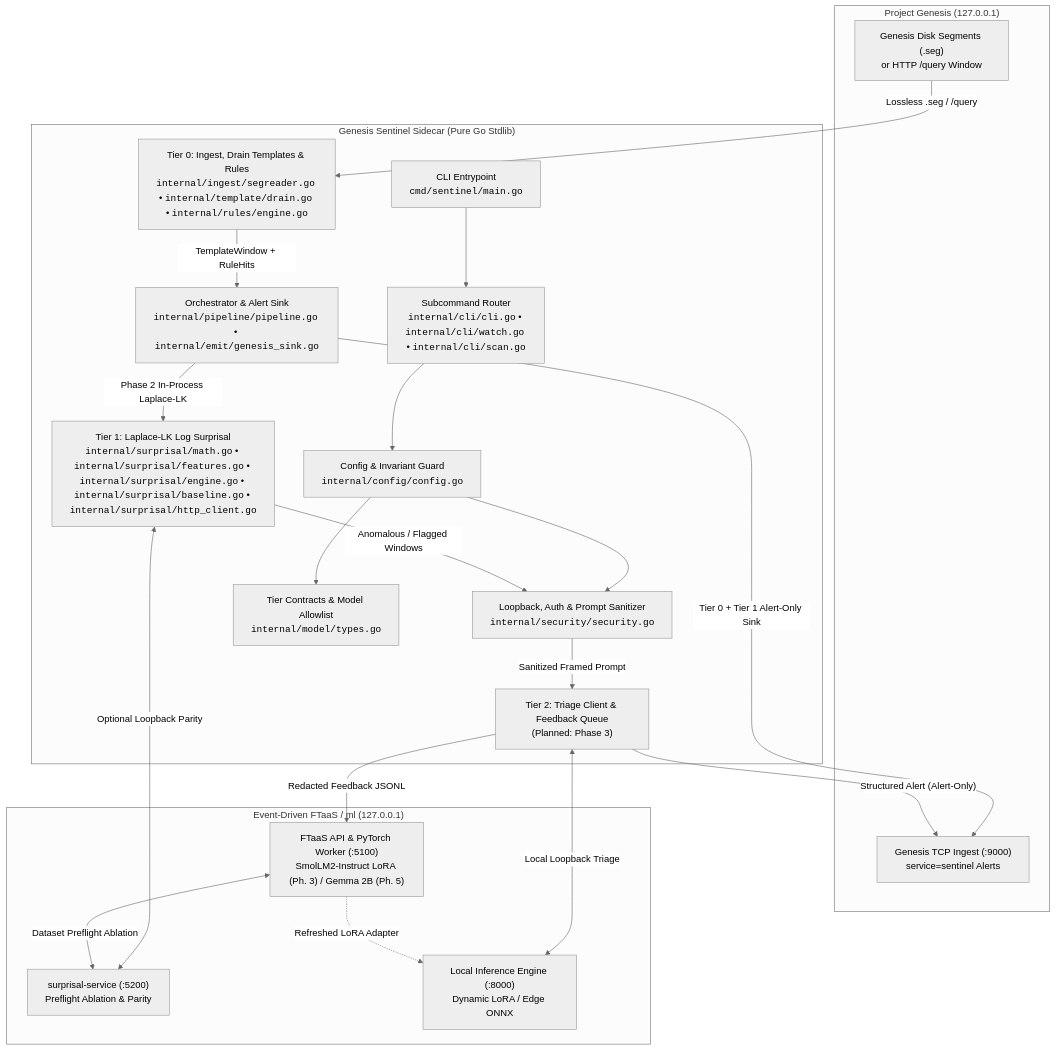
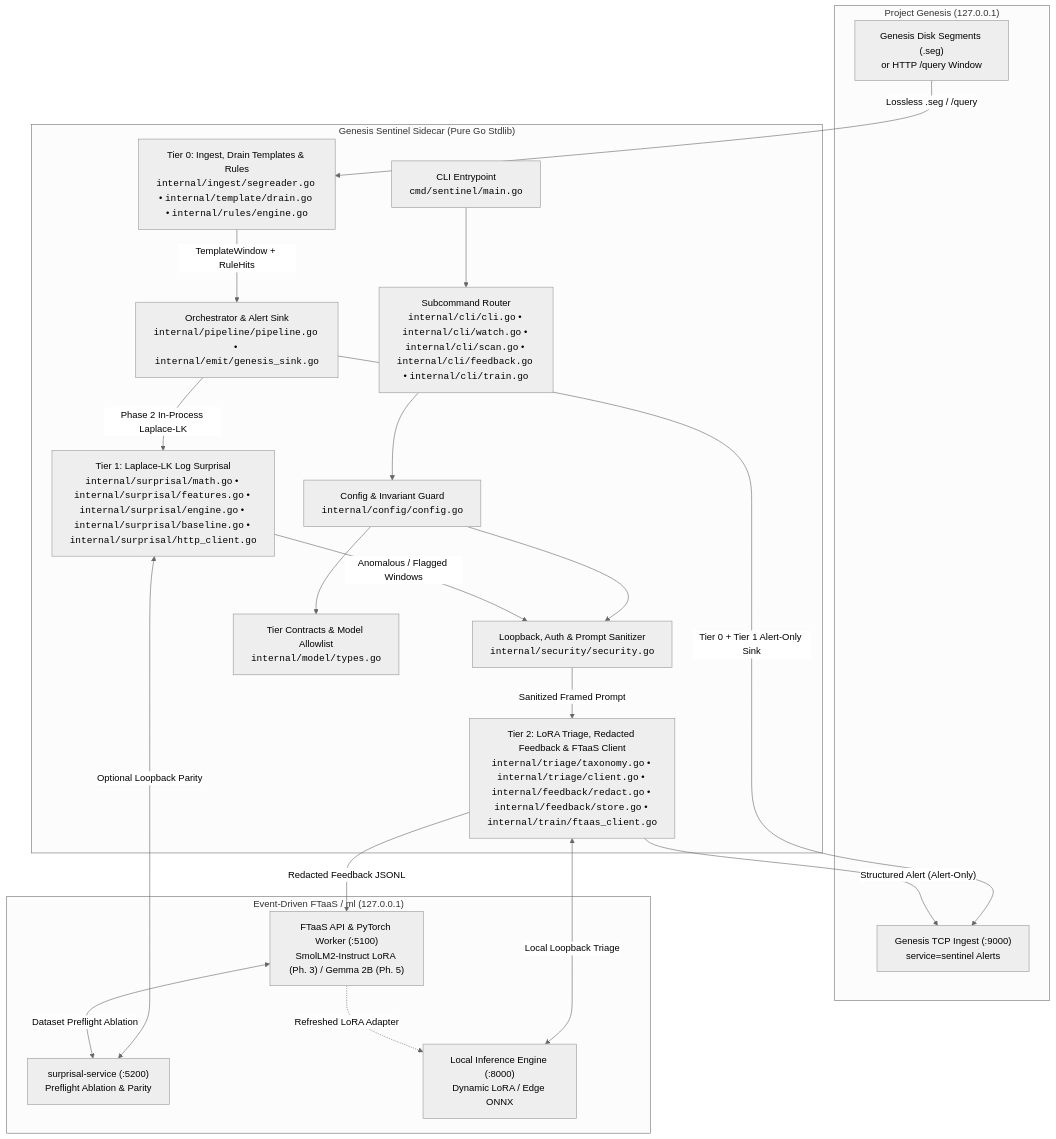
Before and after one commit to knowthankyew/genesis-sentinel: the first of 2 diagrams in docs/ARCHITECTURE.md, drawn with Mermaid (neutral theme). The commit also changed other lines of this file and 31 other files, not shown here.

Commit message:
feat(phase3): implement Tier 2 local LoRA triage, redacted feedback store, and FTaaS training loop

````diff
--- a/docs/ARCHITECTURE.md
+++ b/docs/ARCHITECTURE.md
@@ -15,40 +15,40 @@
 ```mermaid
 flowchart TD
     subgraph GenesisHost["Project Genesis (127.0.0.1)"]
         Segs["Genesis Disk Segments (.seg)<br/>or HTTP /query Window"]
         GenSink["Genesis TCP Ingest (:9000)<br/>service=sentinel Alerts"]
     end
 
     subgraph SentinelCore["Genesis Sentinel Sidecar (Pure Go Stdlib)"]
         Entry["CLI Entrypoint<br/><code>cmd/sentinel/main.go</code>"]
-        CLI["Subcommand Router<br/><code>internal/cli/cli.go</code> &bull; <code>internal/cli/watch.go</code> &bull; <code>internal/cli/scan.go</code>"]
+        CLI["Subcommand Router<br/><code>internal/cli/cli.go</code> &bull; <code>internal/cli/watch.go</code> &bull; <code>internal/cli/scan.go</code> &bull; <code>internal/cli/feedback.go</code> &bull; <code>internal/cli/train.go</code>"]
         Cfg["Config & Invariant Guard<br/><code>internal/config/config.go</code>"]
         Sec["Loopback, Auth & Prompt Sanitizer<br/><code>internal/security/security.go</code>"]
         Types["Tier Contracts & Model Allowlist<br/><code>internal/model/types.go</code>"]
         T0["Tier 0: Ingest, Drain Templates & Rules<br/><code>internal/ingest/segreader.go</code> &bull; <code>internal/template/drain.go</code> &bull; <code>internal/rules/engine.go</code>"]
         Pipe["Orchestrator & Alert Sink<br/><code>internal/pipeline/pipeline.go</code> &bull; <code>internal/emit/genesis_sink.go</code>"]
         T1["Tier 1: Laplace-LK Log Surprisal<br/><code>internal/surprisal/math.go</code> &bull; <code>internal/surprisal/features.go</code> &bull; <code>internal/surprisal/engine.go</code> &bull; <code>internal/surprisal/baseline.go</code> &bull; <code>internal/surprisal/http_client.go</code>"]
-        T2["Tier 2: Triage Client & Feedback Queue<br/>(Planned: Phase 3)"]
+        T2["Tier 2: LoRA Triage, Redacted Feedback & FTaaS Client<br/><code>internal/triage/taxonomy.go</code> &bull; <code>internal/triage/client.go</code> &bull; <code>internal/feedback/redact.go</code> &bull; <code>internal/feedback/store.go</code> &bull; <code>internal/train/ftaas_client.go</code>"]
     end
 
     subgraph MLHost["Event-Driven FTaaS / ml (127.0.0.1)"]
         SurpSvc["surprisal-service (:5200)<br/>Preflight Ablation & Parity"]
         FTaaS["FTaaS API & PyTorch Worker (:5100)<br/>SmolLM2-Instruct LoRA (Ph. 3) / Gemma 2B (Ph. 5)"]
         Infer["Local Inference Engine (:8000)<br/>Dynamic LoRA / Edge ONNX"]
     end
 
     Entry --> CLI --> Cfg --> Sec
     Cfg --> Types
     Segs -->|"Lossless .seg / /query"| T0
     T0 -->|"TemplateWindow + RuleHits"| Pipe
     Pipe -->|"Tier 0 + Tier 1 Alert-Only Sink"| GenSink
     Pipe -->|"Phase 2 In-Process Laplace-LK"| T1
     T1 <-->|"Optional Loopback Parity"| SurpSvc
     T1 -->|"Anomalous / Flagged Windows"| Sec
     Sec -->|"Sanitized Framed Prompt"| T2
     T2 <-->|"Local Loopback Triage"| Infer
     T2 -->|"Structured Alert (Alert-Only)"| GenSink
     T2 -->|"Redacted Feedback JSONL"| FTaaS
     FTaaS <-->|"Dataset Preflight Ablation"| SurpSvc
     FTaaS -.->|"Refreshed LoRA Adapter"| Infer
 ```
````
